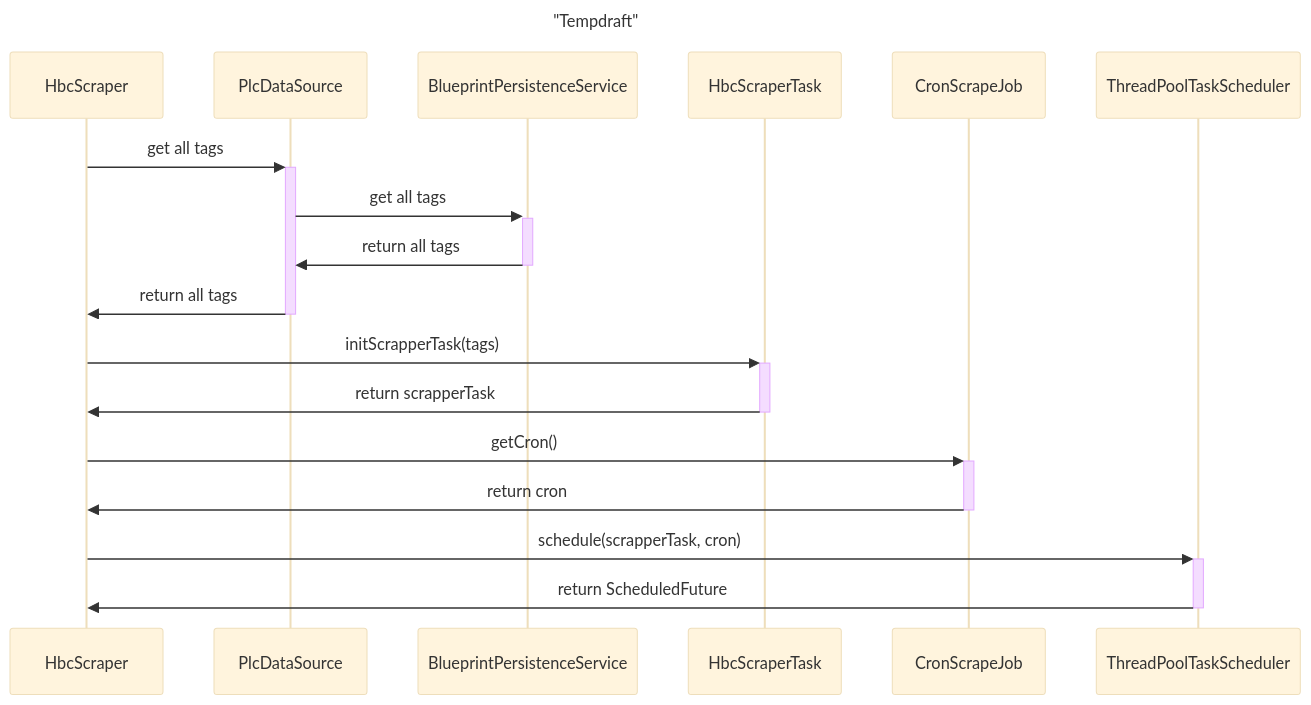
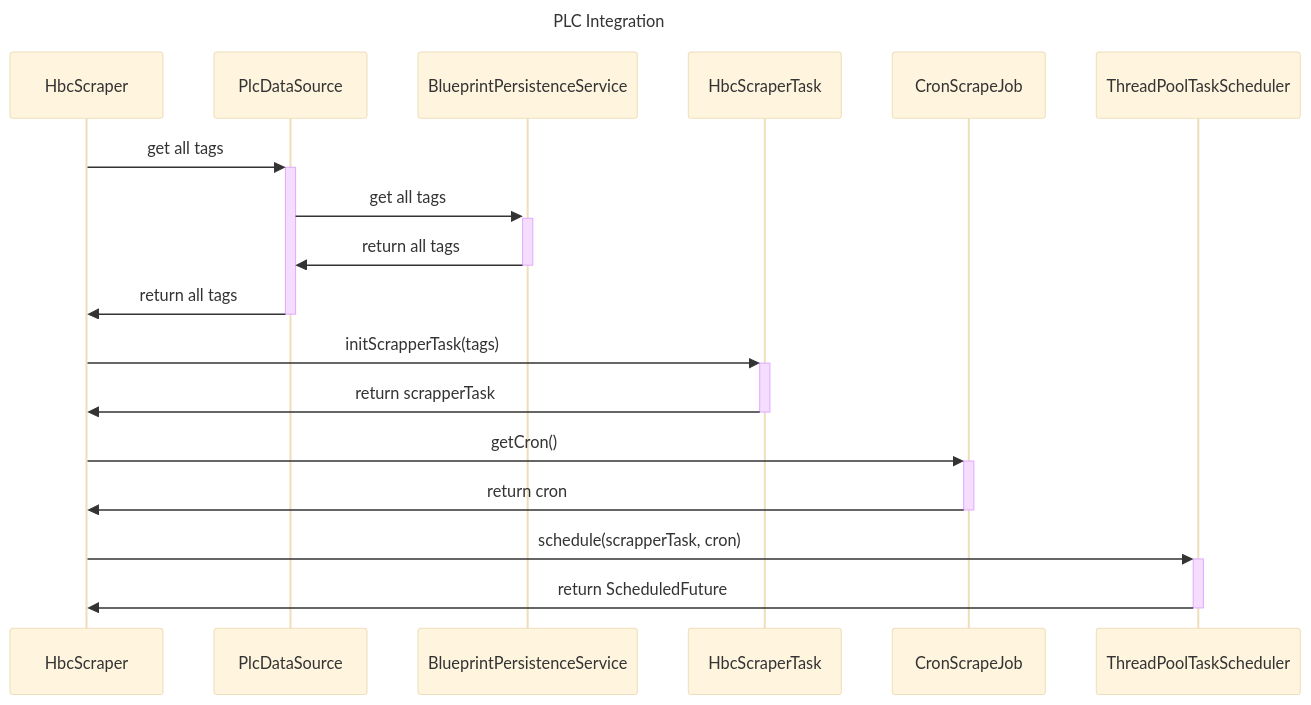
One commit to f-pms/Document changed the diagram in Report7/SDD/PLC-Integration/sequence.md. Above: the diagram before and after it, drawn with Mermaid (base theme). The commit also changed 5 other files, not shown here.

Commit message:
sequence diagramm

````diff
--- a/Report7/SDD/PLC-Integration/sequence.md
+++ b/Report7/SDD/PLC-Integration/sequence.md
@@ -1,17 +1,16 @@
 ```mermaid
 sequenceDiagram 
-  title "Tempdraft"
+  title PLC Integration 
   HbcScraper ->>+ PlcDataSource: get all tags 
   PlcDataSource ->>+ BlueprintPersistenceService: get all tags
   BlueprintPersistenceService ->>- PlcDataSource: return all tags
   PlcDataSource ->>- HbcScraper: return all tags
 
   HbcScraper ->>+ HbcScraperTask: initScrapperTask(tags)
   HbcScraperTask ->>- HbcScraper: return scrapperTask
 
   HbcScraper ->>+ CronScrapeJob: getCron() 
   CronScrapeJob ->>- HbcScraper: return cron
   HbcScraper ->>+ ThreadPoolTaskScheduler: schedule(scrapperTask, cron)
   ThreadPoolTaskScheduler ->>- HbcScraper: return ScheduledFuture
-
 ```
````
